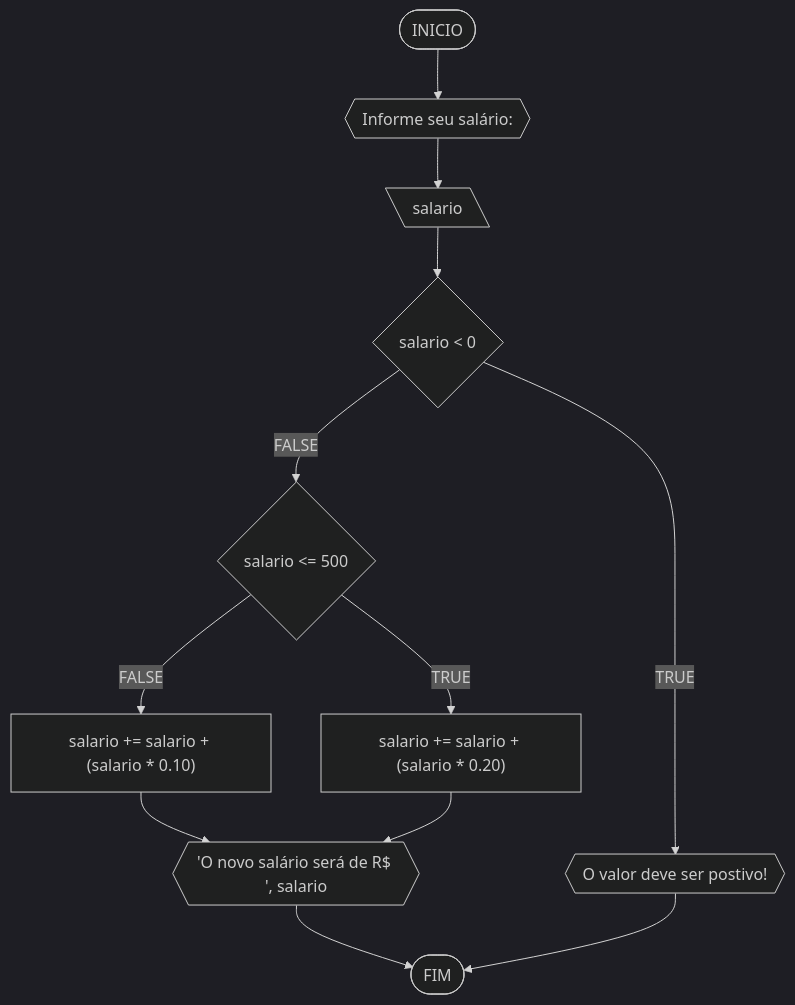
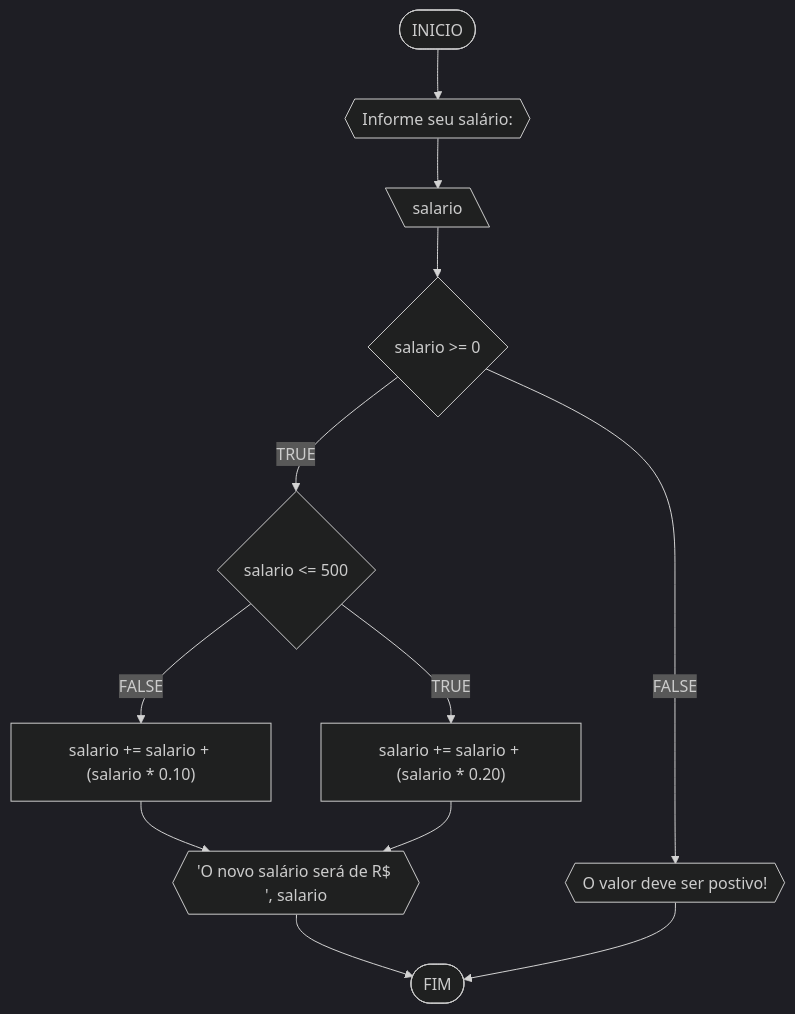
The second of 4 diagrams in RaciocinioLogicoAlgoritmico/lista_exercicios1.md (majuss8/ads-unifor), drawn with Mermaid (dark theme) before and after one commit. The commit also changed other lines of this file, not shown here.

````diff
--- a/RaciocinioLogicoAlgoritmico/lista_exercicios1.md
+++ b/RaciocinioLogicoAlgoritmico/lista_exercicios1.md
@@ -61,14 +61,14 @@
 ```mermaid
 flowchart TD
 A([INICIO]) --> B{{Informe seu salário:}}
 B --> C[\salario\]
-C --> D{salario < 0}
-D --FALSE--> E{salario <= 500}
-E --FALSE--> F["salario += salario + (salario * 0.10)"]
-E --TRUE--> G["salario += salario + (salario * 0.20)"]
-F --> H{{'O novo salário será de R$ ', salario}}
-G --> H
-D --TRUE--> I{{"O valor deve ser postivo!"}}
-H --> J([FIM])
-I --> J
+C --> D{salario >= 0}
+D --FALSE--> E{{"O valor deve ser postivo!"}}
+D --TRUE--> F{salario <= 500}
+F --FALSE--> G["salario += salario + (salario * 0.10)"]
+F --TRUE--> H["salario += salario + (salario * 0.20)"]
+G --> I{{'O novo salário será de R$ ', salario}}
+H --> I
+I --> J([FIM])
+E --> J
 ```
````
